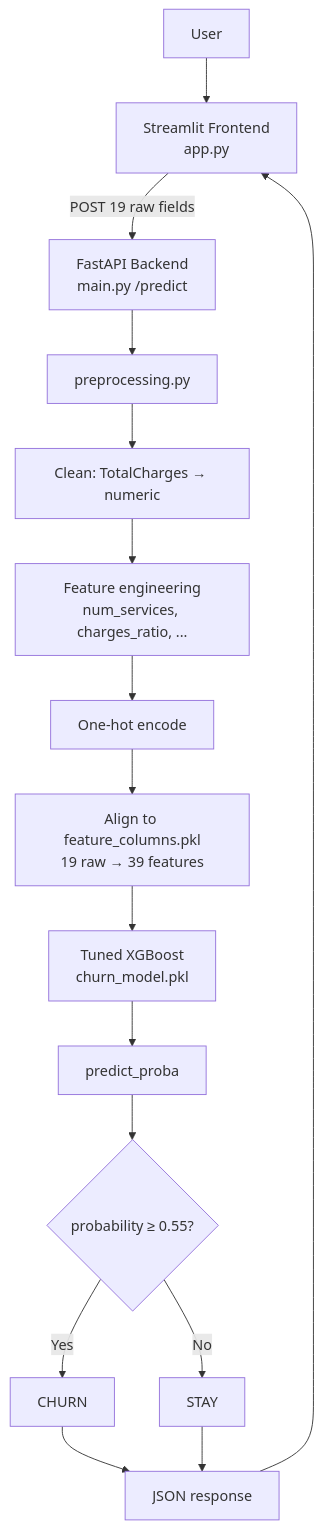
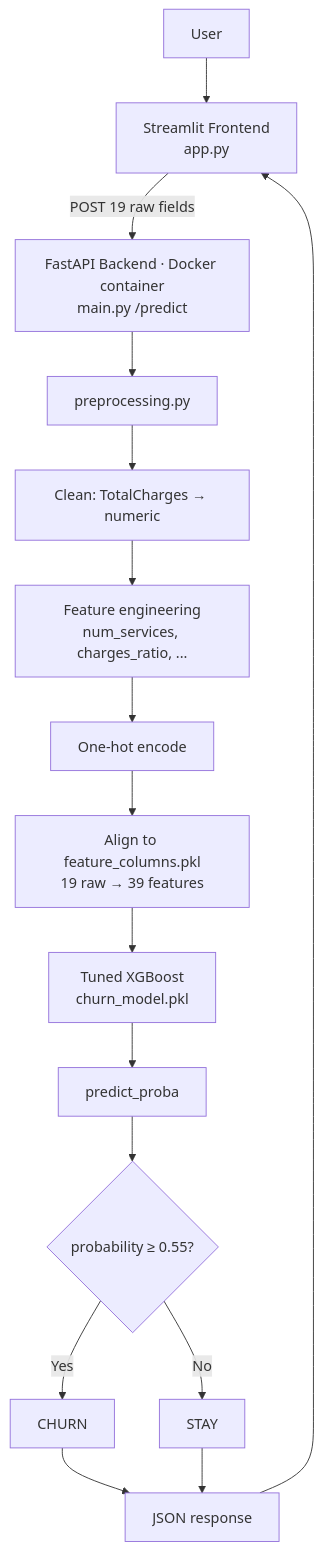
Before and after one commit to Murtaza-data/churn-prediction: the diagram in README.md, drawn with Mermaid. The commit also changed other lines of this file, not shown here.

Commit message:
Document Docker containerization in README (architecture, stack, structure, local run)

````diff
--- a/README.md
+++ b/README.md
@@ -32,18 +32,18 @@
 ```mermaid
 flowchart TD
     A[User] --> B[Streamlit Frontend<br/>app.py]
-    B -->|POST 19 raw fields| C[FastAPI Backend<br/>main.py /predict]
+    B -->|POST 19 raw fields| C[FastAPI Backend · Docker container<br/>main.py /predict]
     C --> D[preprocessing.py]
     D --> D1[Clean: TotalCharges → numeric]
     D1 --> D2[Feature engineering<br/>num_services, charges_ratio, ...]
     D2 --> D3[One-hot encode]
     D3 --> D4[Align to feature_columns.pkl<br/>19 raw → 39 features]
     D4 --> E[Tuned XGBoost<br/>churn_model.pkl]
     E --> F[predict_proba]
     F --> G{probability ≥ 0.55?}
     G -->|Yes| H[CHURN]
     G -->|No| I[STAY]
     H --> J[JSON response]
     I --> J
     J --> B
 ```
````
